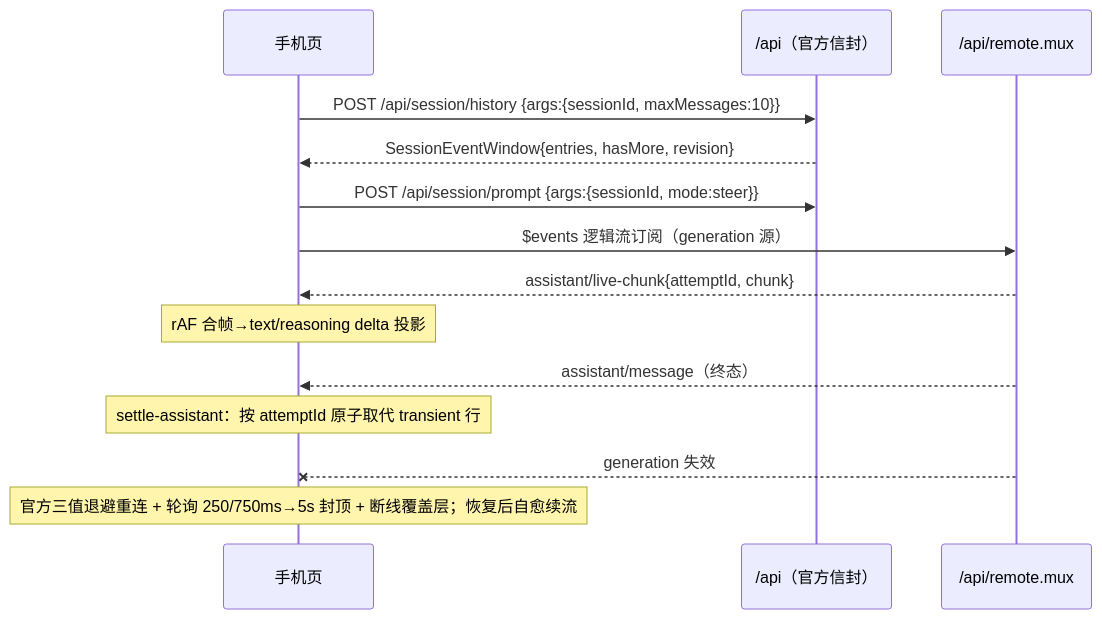
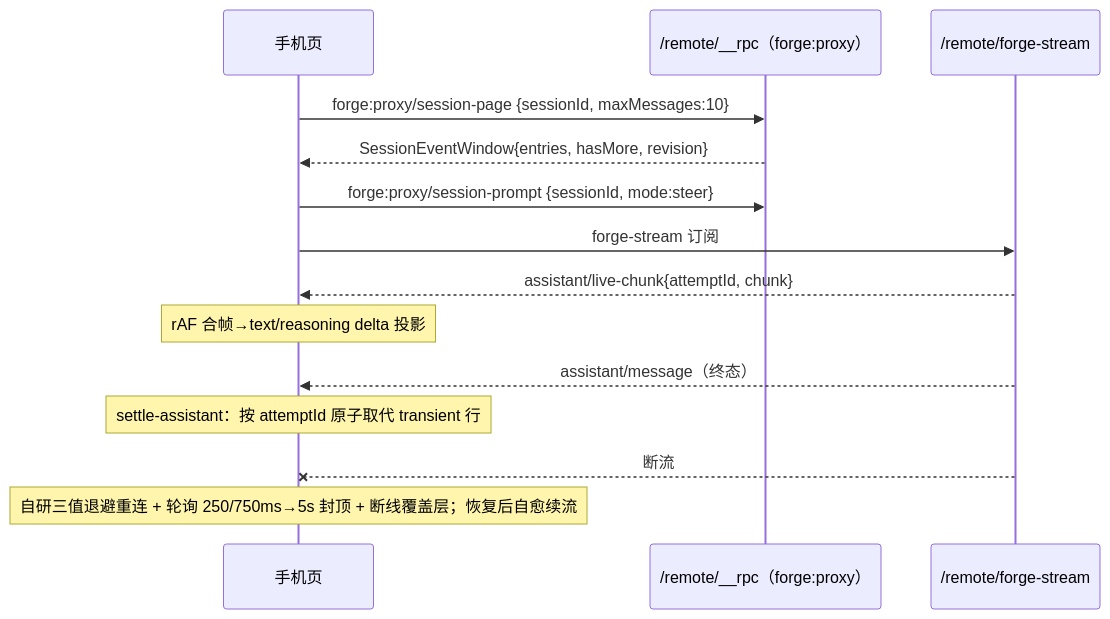
Before and after one commit to bigfaner/dsh-forge: the sixth of 7 diagrams in .forge/docs/features/mobile-ui/design/tech-design.md, drawn with Mermaid. The commit also changed other lines of this file and 8 other files, not shown here.

Commit message:
docs(mobile-ui): read-state 撤销段回写 + transport 残留改 R12 口径（forge:proxy + forge-stream）

````diff
--- a/.forge/docs/features/mobile-ui/design/tech-design.md
+++ b/.forge/docs/features/mobile-ui/design/tech-design.md
@@ -277,16 +218,16 @@
 ```mermaid
 sequenceDiagram
     participant P as 手机页
-    participant API as /api（官方信封）
-    participant MUX as /api/remote.mux
-    P->>API: POST /api/session/history {args:{sessionId, maxMessages:10}}
-    API-->>P: SessionEventWindow{entries, hasMore, revision}
-    P->>API: POST /api/session/prompt {args:{sessionId, mode:steer}}
-    P->>MUX: $events 逻辑流订阅（generation 源）
-    MUX-->>P: assistant/live-chunk{attemptId, chunk}
+    participant RPC as /remote/__rpc（forge:proxy）
+    participant SSE as /remote/forge-stream
+    P->>RPC: forge:proxy/session-page {sessionId, maxMessages:10}
+    RPC-->>P: SessionEventWindow{entries, hasMore, revision}
+    P->>RPC: forge:proxy/session-prompt {sessionId, mode:steer}
+    P->>SSE: forge-stream 订阅
+    SSE-->>P: assistant/live-chunk{attemptId, chunk}
     Note over P: rAF 合帧→text/reasoning delta 投影
-    MUX-->>P: assistant/message（终态）
+    SSE-->>P: assistant/message（终态）
     Note over P: settle-assistant：按 attemptId 原子取代 transient 行
-    MUX--xP: generation 失效
-    Note over P: 官方三值退避重连 + 轮询 250/750ms→5s 封顶 + 断线覆盖层；恢复后自愈续流
+    SSE--xP: 断流
+    Note over P: 自研三值退避重连 + 轮询 250/750ms→5s 封顶 + 断线覆盖层；恢复后自愈续流
 ```
````
